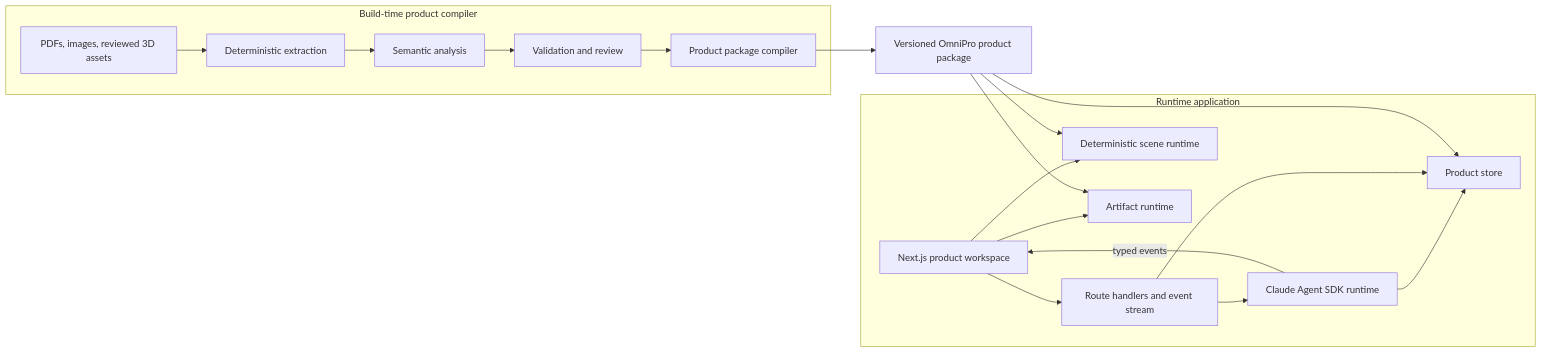
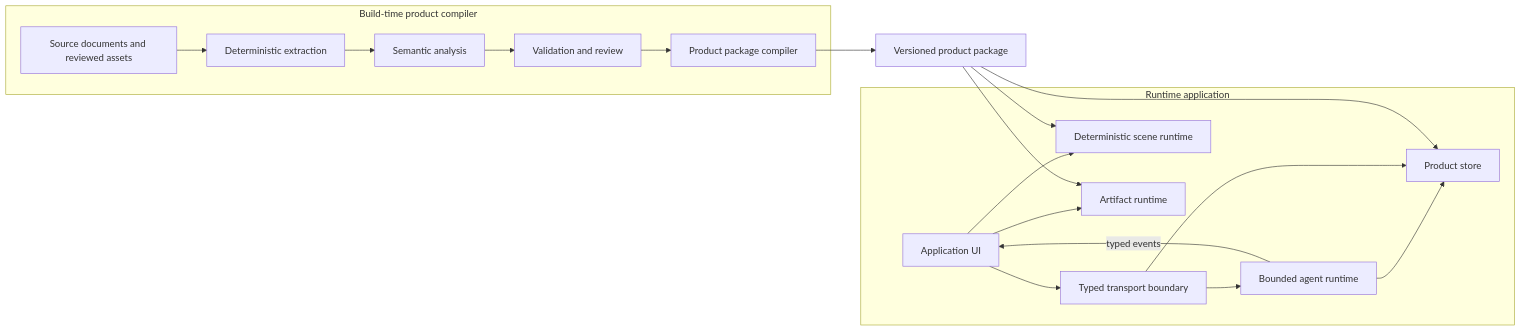
One commit to hongnoul/prox-challenge changed the first of 3 diagrams in ARCHITECTURE.md. Above: the diagram before and after it, drawn with Mermaid. The commit also changed other lines of this file and 6 other files, not shown here.

````diff
--- a/ARCHITECTURE.md
+++ b/ARCHITECTURE.md
@@ -30,35 +21,35 @@
 ```mermaid
 flowchart LR
     subgraph Build[Build-time product compiler]
-        Sources[PDFs, images, reviewed 3D assets]
+        Sources[Source documents and reviewed assets]
         Extract[Deterministic extraction]
         Analyze[Semantic analysis]
         Review[Validation and review]
         Compile[Product package compiler]
         Sources --> Extract --> Analyze --> Review --> Compile
     end
 
-    Package[Versioned OmniPro product package]
+    Package[Versioned product package]
     Compile --> Package
 
     subgraph Runtime[Runtime application]
-        UI[Next.js product workspace]
-        API[Route handlers and event stream]
-        Agent[Claude Agent SDK runtime]
+        UI[Application UI]
+        API[Typed transport boundary]
+        Agent[Bounded agent runtime]
         Store[Product store]
         Scene[Deterministic scene runtime]
         Artifacts[Artifact runtime]
 
         UI --> API
         API --> Agent
         Agent --> Store
         API --> Store
         Agent -->|typed events| UI
         UI --> Scene
         UI --> Artifacts
     end
 
     Package --> Store
     Package --> Scene
     Package --> Artifacts
 ```
````
